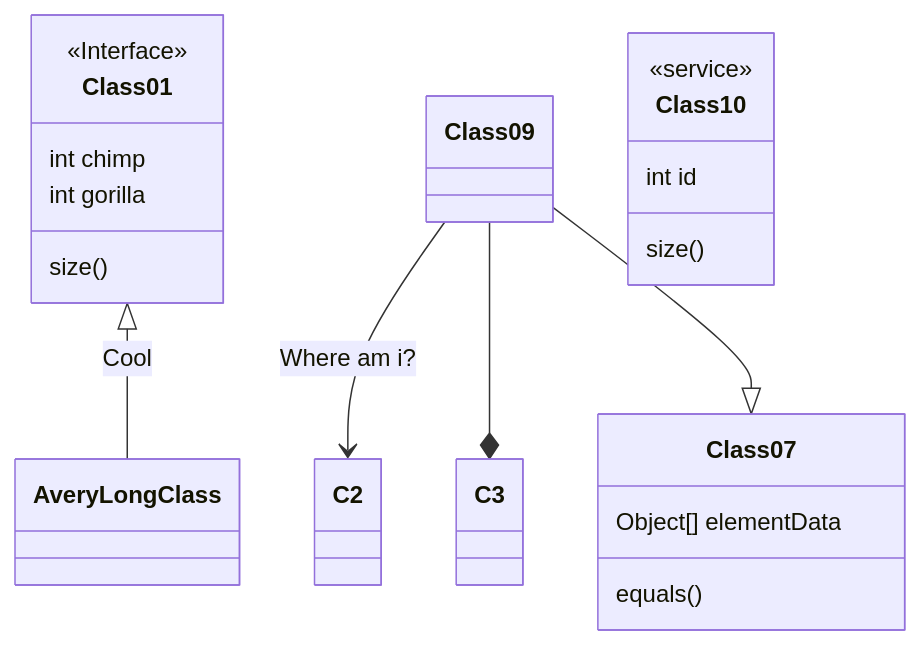
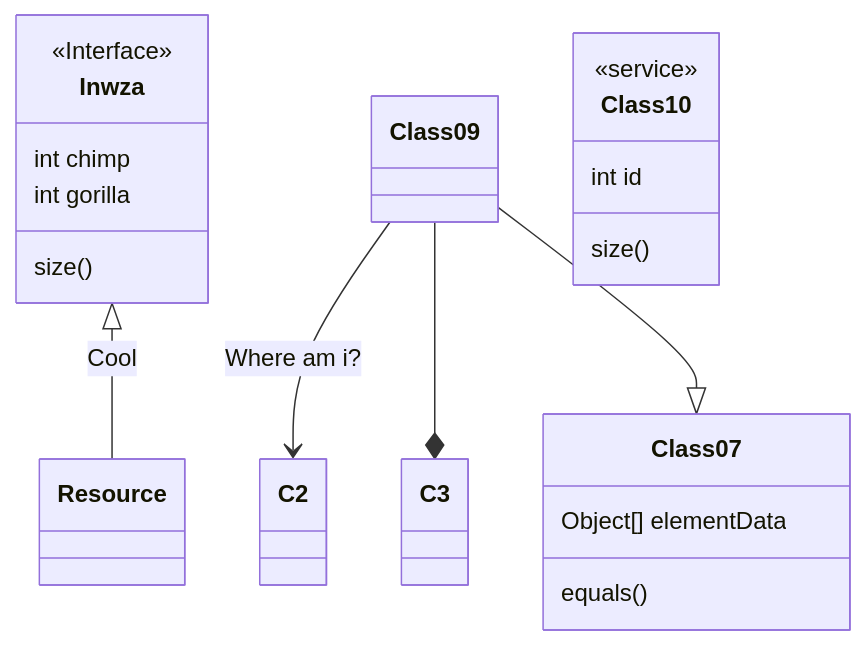
The diagram in README.md (Natithorn/Project), drawn with Mermaid before and after one commit.

````diff
--- a/README.md
+++ b/README.md
@@ -15,18 +15,18 @@
 ```mermaid
 classDiagram
-Class01 <|-- AveryLongClass : Cool
-<<Interface>> Class01
+Inwza <|-- Resource : Cool
+<<Interface>> Inwza
 Class09 --> C2 : Where am i?
 Class09 --* C3
 Class09 --|> Class07
 Class07 : equals()
 Class07 : Object[] elementData
-Class01 : size()
-Class01 : int chimp
-Class01 : int gorilla
+Inwza : size()
+Inwza : int chimp
+Inwza : int gorilla
 class Class10 {
   <<service>>
   int id
   size()
 }
 ```
````
